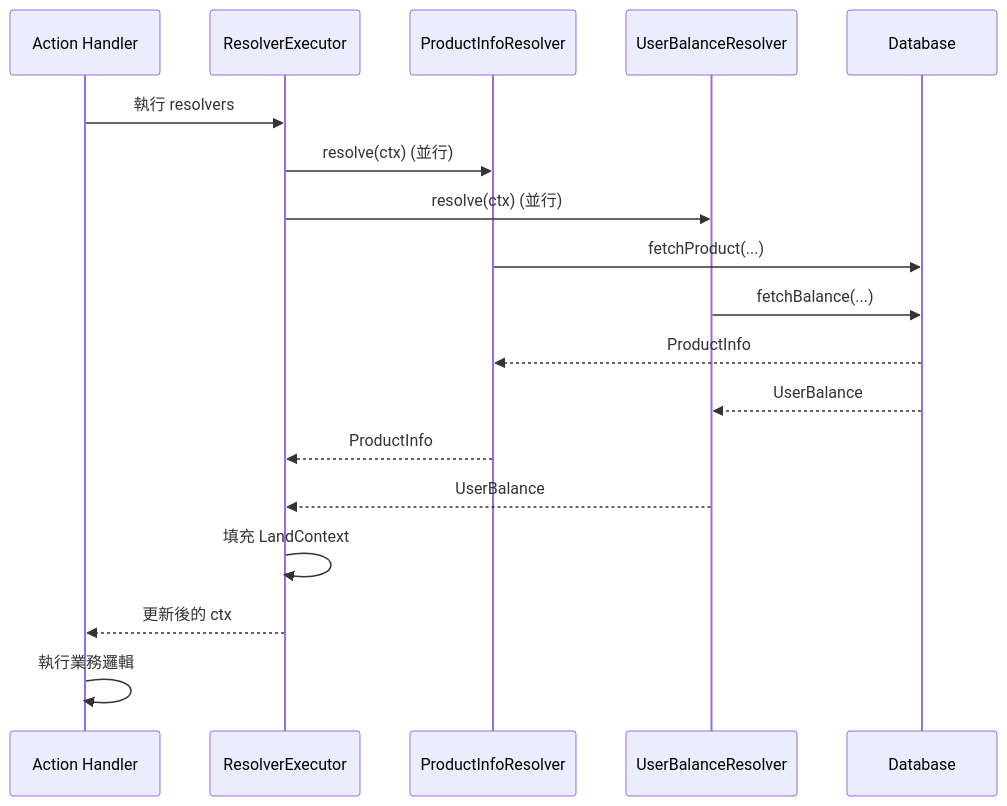
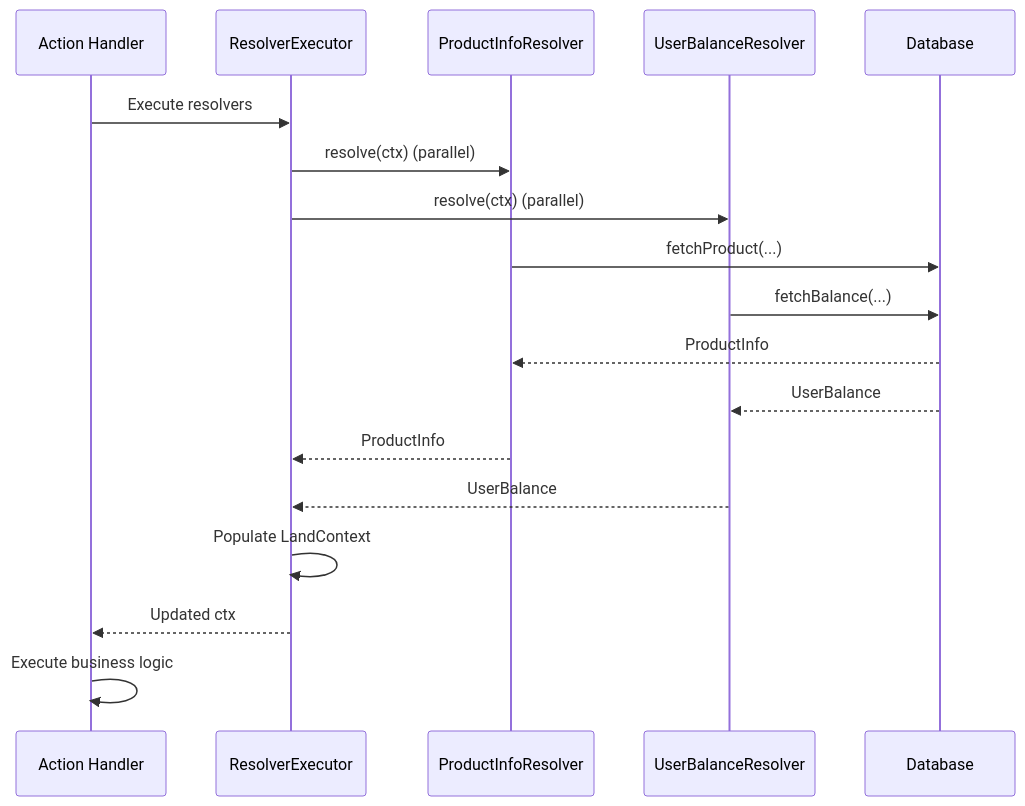
The diagram in docs/core/resolver.md (gmliao/swift-state-tree), drawn with Mermaid before and after one commit. The commit also changed other lines of this file and 61 other files, not shown here.

````diff
--- a/docs/core/resolver.md
+++ b/docs/core/resolver.md
@@ -160,21 +162,21 @@
 ```mermaid
 sequenceDiagram
     participant Handler as Action Handler
     participant Executor as ResolverExecutor
     participant R1 as ProductInfoResolver
     participant R2 as UserBalanceResolver
     participant DB as Database
     
-    Handler->>Executor: 執行 resolvers
-    Executor->>R1: resolve(ctx) (並行)
-    Executor->>R2: resolve(ctx) (並行)
+    Handler->>Executor: Execute resolvers
+    Executor->>R1: resolve(ctx) (parallel)
+    Executor->>R2: resolve(ctx) (parallel)
     R1->>DB: fetchProduct(...)
     R2->>DB: fetchBalance(...)
     DB-->>R1: ProductInfo
     DB-->>R2: UserBalance
     R1-->>Executor: ProductInfo
     R2-->>Executor: UserBalance
-    Executor->>Executor: 填充 LandContext
-    Executor-->>Handler: 更新後的 ctx
-    Handler->>Handler: 執行業務邏輯
+    Executor->>Executor: Populate LandContext
+    Executor-->>Handler: Updated ctx
+    Handler->>Handler: Execute business logic
 ```
````
